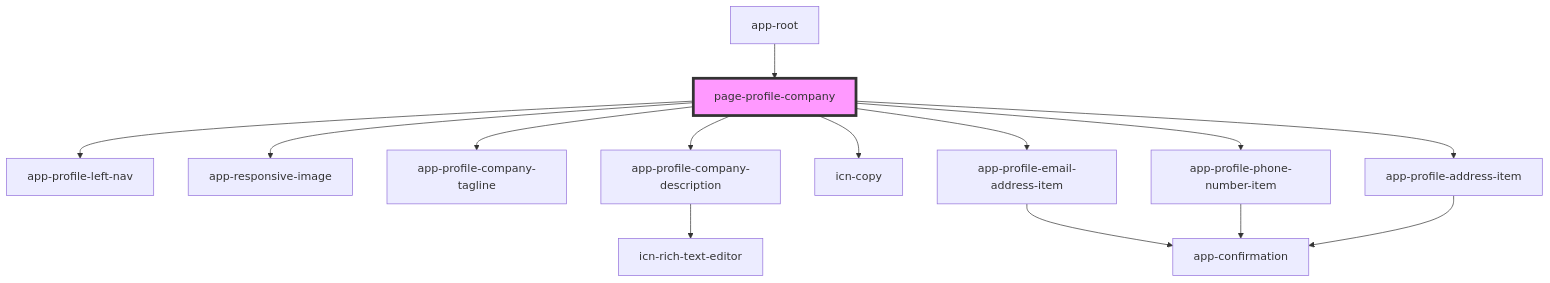
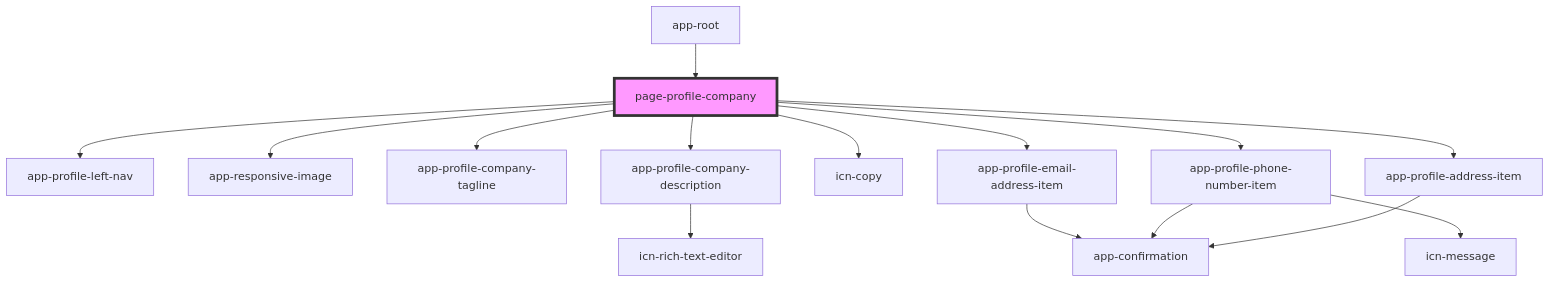
Before and after one commit to lokheed/IconEventNetwork.Web: the diagram in iconeventnetwork-web/src/components/pages/page-profile-company/readme.md, drawn with Mermaid. The commit also changed 7 other files, not shown here.

Commit message:
US622 T701 phone number validation warning

````diff
--- a/iconeventnetwork-web/src/components/pages/page-profile-company/readme.md
+++ b/iconeventnetwork-web/src/components/pages/page-profile-company/readme.md
@@ -33,17 +33,18 @@
 ```mermaid
 graph TD;
   page-profile-company --> app-profile-left-nav
   page-profile-company --> app-responsive-image
   page-profile-company --> app-profile-company-tagline
   page-profile-company --> app-profile-company-description
   page-profile-company --> icn-copy
   page-profile-company --> app-profile-email-address-item
   page-profile-company --> app-profile-phone-number-item
   page-profile-company --> app-profile-address-item
   app-profile-company-description --> icn-rich-text-editor
   app-profile-email-address-item --> app-confirmation
+  app-profile-phone-number-item --> icn-message
   app-profile-phone-number-item --> app-confirmation
   app-profile-address-item --> app-confirmation
   app-root --> page-profile-company
   style page-profile-company fill:#f9f,stroke:#333,stroke-width:4px
 ```
````
